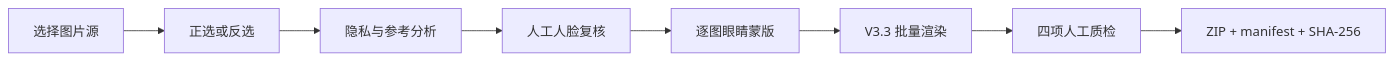
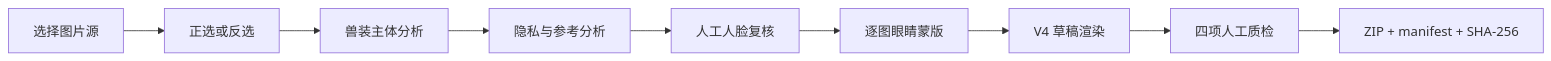
One commit to PWJCSqiushan/FurColor-Studio changed the diagram in README.md. Above: the diagram before and after it, drawn with Mermaid. The commit also changed other lines of this file and 42 other files, not shown here.

````diff
--- a/README.md
+++ b/README.md
@@ -136,10 +156,11 @@
 ```mermaid
 flowchart LR
     A[选择图片源] --> B[正选或反选]
-    B --> C[隐私与参考分析]
-    C --> D[人工人脸复核]
-    D --> E[逐图眼睛蒙版]
-    E --> F[V3.3 批量渲染]
-    F --> G[四项人工质检]
-    G --> H[ZIP + manifest + SHA-256]
+    B --> C[兽装主体分析]
+    C --> D[隐私与参考分析]
+    D --> E[人工人脸复核]
+    E --> F[逐图眼睛蒙版]
+    F --> G[V4 草稿渲染]
+    G --> H[四项人工质检]
+    H --> I[ZIP + manifest + SHA-256]
 ```
````
